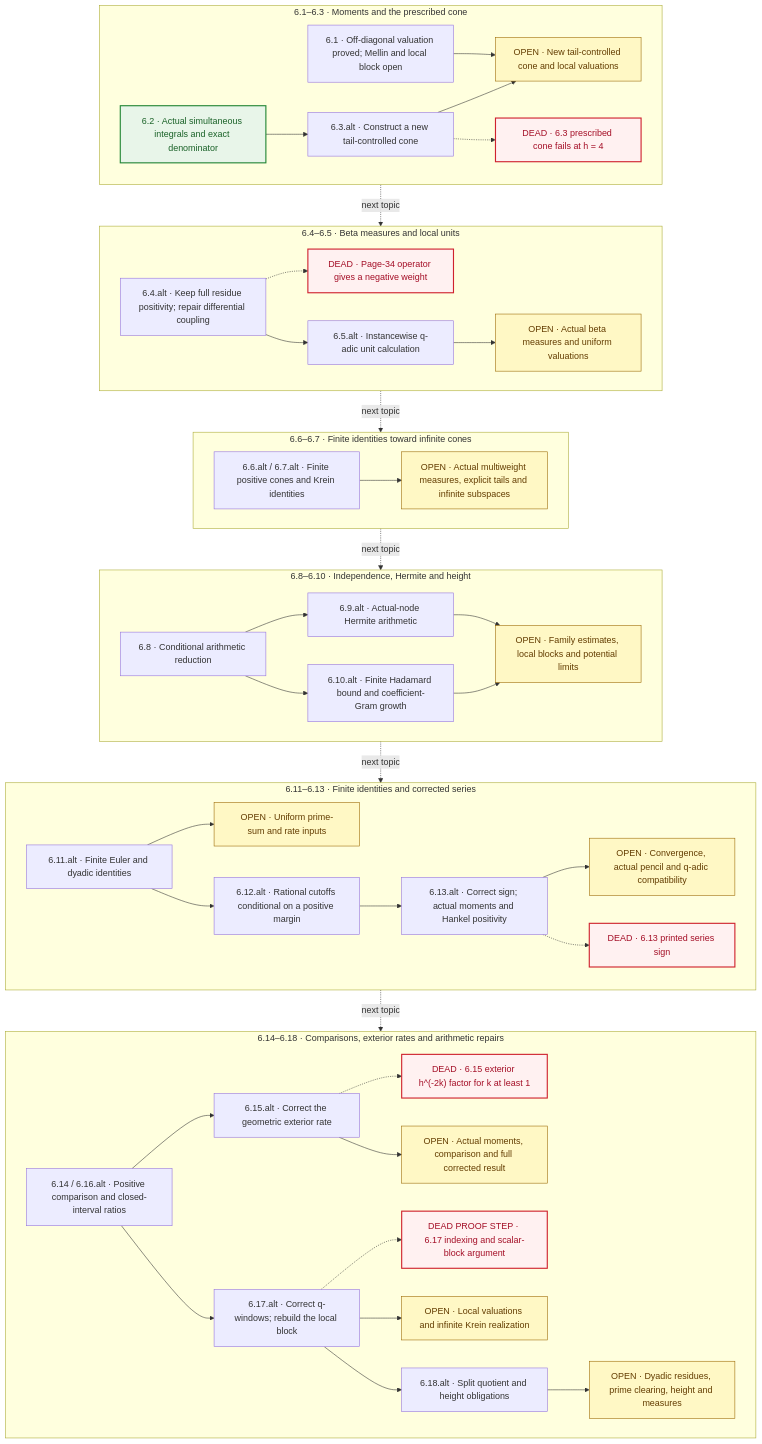
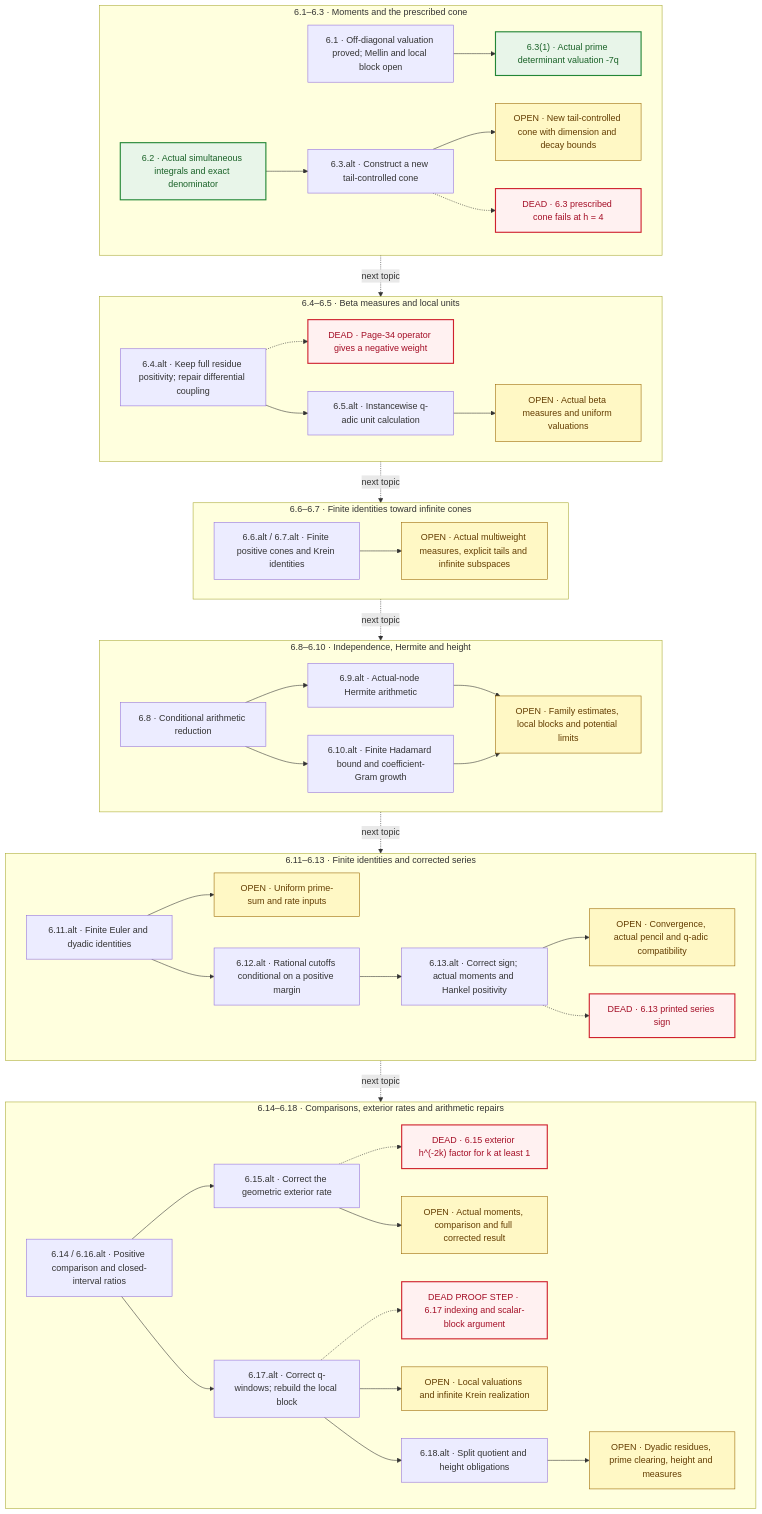
Before and after one commit to randogelist/zetahyperbolic-axiom: the ninth of 10 diagrams in README.md, drawn with Mermaid. The commit also changed other lines of this file and 28 other files, not shown here.

````diff
--- a/README.md
+++ b/README.md
@@ -434,10 +436,11 @@
         R61["6.1 · Off-diagonal valuation proved; Mellin and local block open"]
         R62["6.2 · Actual simultaneous integrals and exact denominator"]
         R63["6.3.alt · Construct a new tail-controlled cone"]
-        O63["OPEN · New tail-controlled cone and local valuations"]
+        P63["6.3(1) · Actual prime determinant valuation -7q"]
+        O63["OPEN · New tail-controlled cone with dimension and decay bounds"]
         D63["DEAD · 6.3 prescribed cone fails at h = 4"]
         R62 --> R63
-        R61 --> O63
+        R61 --> P63
         R63 --> O63
         R63 -.-> D63
     end
@@ -512,7 +515,7 @@
     classDef dead fill:#fff1f1,stroke:#cf222e,color:#a40e26,stroke-width:2px;
     classDef open fill:#fff8c5,stroke:#9a6700,color:#633c01;
     classDef verified fill:#e8f5e9,stroke:#238636,color:#196127,stroke-width:2px;
-    class R62 verified;
+    class R62,P63 verified;
     class D63,D64,D613,D615,D617 dead;
     class O63,O65,O67,O610,O611,O613,O615,O617,O618 open;
 ```
````
